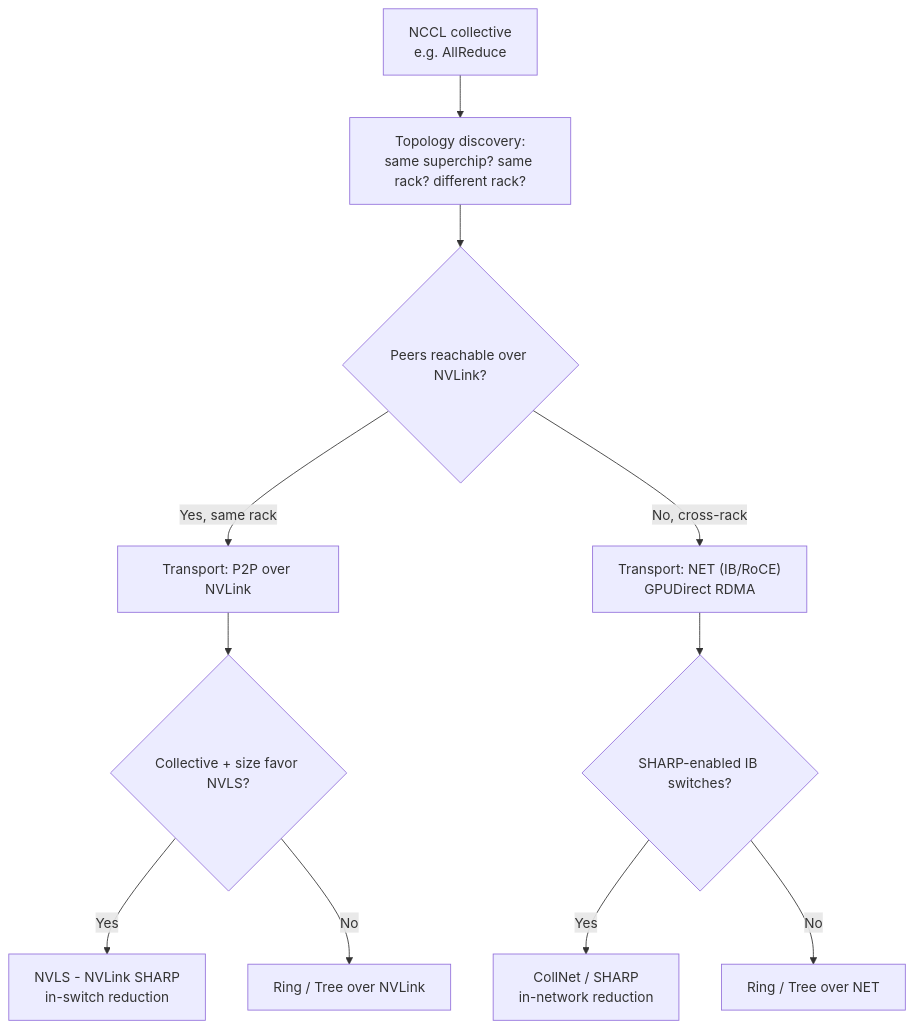
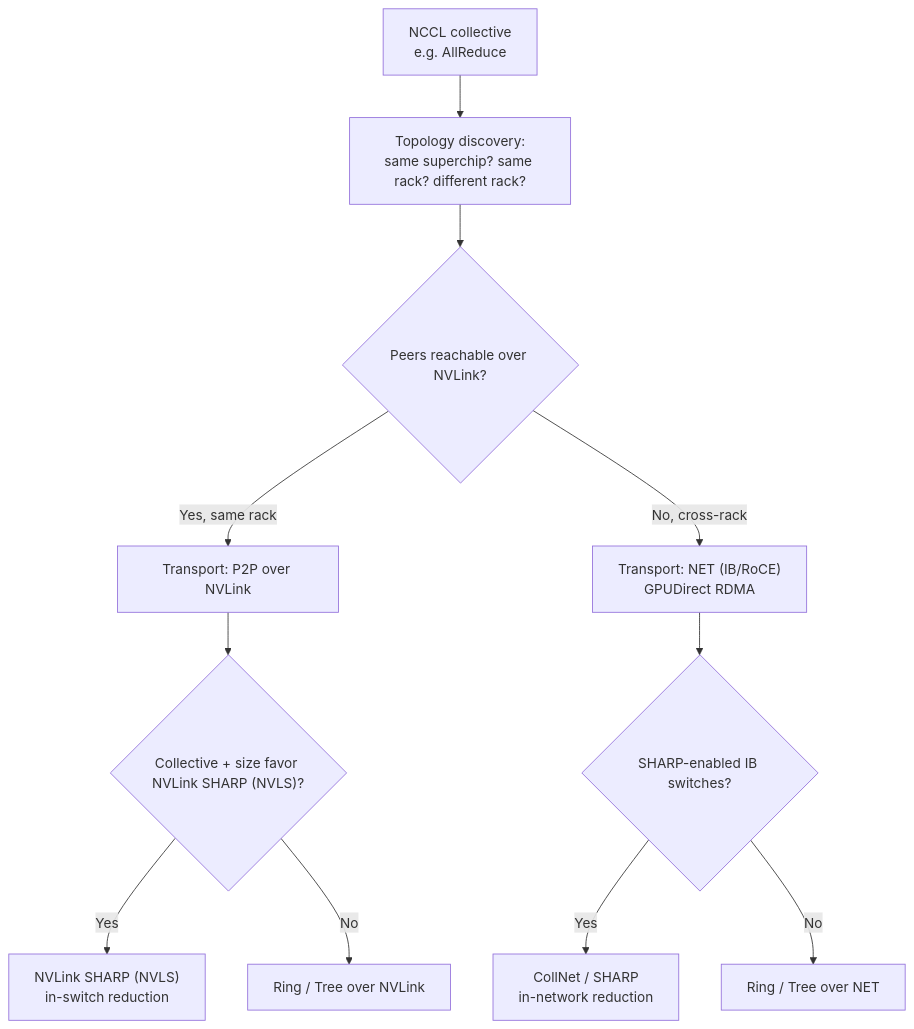
The sixth of 11 diagrams in nvl72.md (dfwguy/validation), drawn with Mermaid before and after one commit. The commit also changed other lines of this file, not shown here.

Commit message:
Add PXN/rails note for AllToAll; spell out NVLink SHARP (NVLS) throughout

````diff
--- a/nvl72.md
+++ b/nvl72.md
@@ -409,15 +409,15 @@
 ```mermaid
 flowchart TB
     START["NCCL collective<br/>e.g. AllReduce"] --> TOPO["Topology discovery:<br/>same superchip? same rack? different rack?"]
     TOPO --> P2P{"Peers reachable over NVLink?"}
     P2P -->|"Yes, same rack"| TNVL["Transport: P2P over NVLink"]
     P2P -->|"No, cross-rack"| TNET["Transport: NET (IB/RoCE)<br/>GPUDirect RDMA"]
 
-    TNVL --> ALGO1{"Collective + size favor NVLS?"}
-    ALGO1 -->|"Yes"| NVLS["NVLS - NVLink SHARP<br/>in-switch reduction"]
+    TNVL --> ALGO1{"Collective + size favor NVLink SHARP (NVLS)?"}
+    ALGO1 -->|"Yes"| NVLS["NVLink SHARP (NVLS)<br/>in-switch reduction"]
     ALGO1 -->|"No"| RING1["Ring / Tree over NVLink"]
 
     TNET --> ALGO2{"SHARP-enabled IB switches?"}
     ALGO2 -->|"Yes"| COLLNET["CollNet / SHARP<br/>in-network reduction"]
     ALGO2 -->|"No"| RING2["Ring / Tree over NET"]
 ```
````
